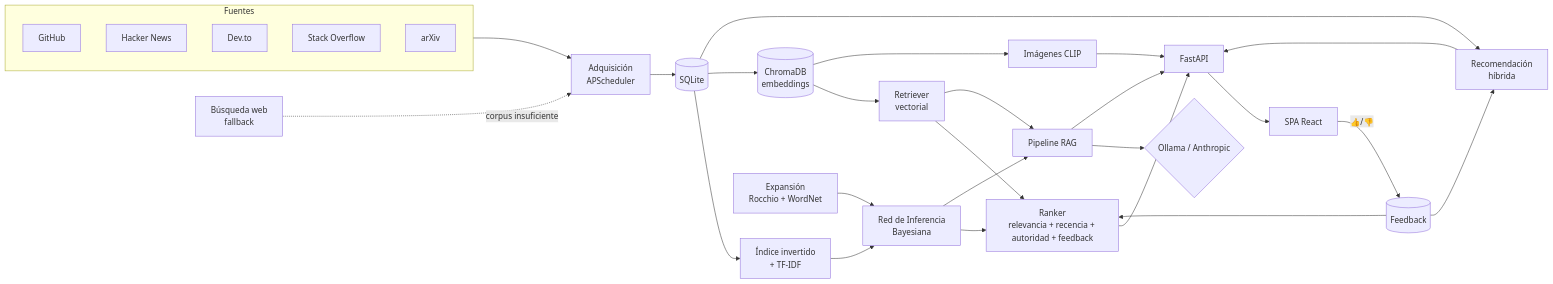
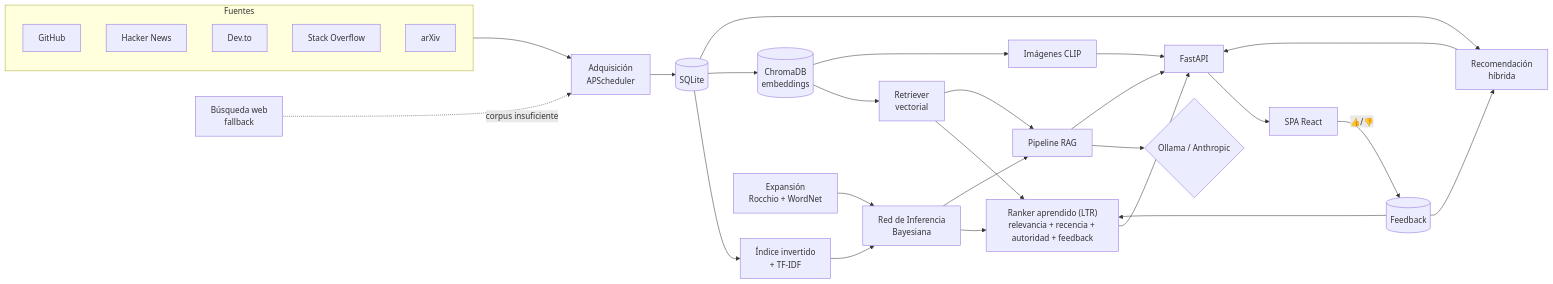
The diagram in README.es.md (jccarmenate/tech-rag-information-retrieval-system), drawn with Mermaid before and after one commit. The commit also changed other lines of this file and 2 other files, not shown here.

Commit message:
docs: describe the learned ranker and GET /api/ranking/model

````diff
--- a/README.es.md
+++ b/README.es.md
@@ -28,40 +28,40 @@
 ```mermaid
 flowchart LR
     subgraph Fuentes["Fuentes"]
         GH["GitHub"]
         HN["Hacker News"]
         DT["Dev.to"]
         SE["Stack Overflow"]
         AX["arXiv"]
     end
 
     Fuentes --> ACQ["Adquisición<br/>APScheduler"]
     ACQ --> DB[("SQLite")]
     WS["Búsqueda web<br/>fallback"] -. corpus insuficiente .-> ACQ
 
     DB --> IDX["Índice invertido<br/>+ TF-IDF"]
     DB --> VEC[("ChromaDB<br/>embeddings")]
 
     IDX --> IN["Red de Inferencia<br/>Bayesiana"]
     VEC --> VR["Retriever<br/>vectorial"]
     EXP["Expansión<br/>Rocchio + WordNet"] --> IN
 
-    IN --> RANK["Ranker<br/>relevancia + recencia + autoridad + feedback"]
+    IN --> RANK["Ranker aprendido (LTR)<br/>relevancia + recencia + autoridad + feedback"]
     VR --> RANK
     RANK --> API
 
     IN --> RAG["Pipeline RAG"]
     VR --> RAG
     RAG --> LLM{"Ollama / Anthropic"}
     RAG --> API["FastAPI"]
 
     VEC --> IMG["Imágenes CLIP"]
     IMG --> API
     DB --> REC["Recomendación<br/>híbrida"]
     REC --> API
 
     API --> UI["SPA React"]
     UI -->|"👍/👎"| FB[("Feedback")]
     FB --> RANK
     FB --> REC
 ```
````
